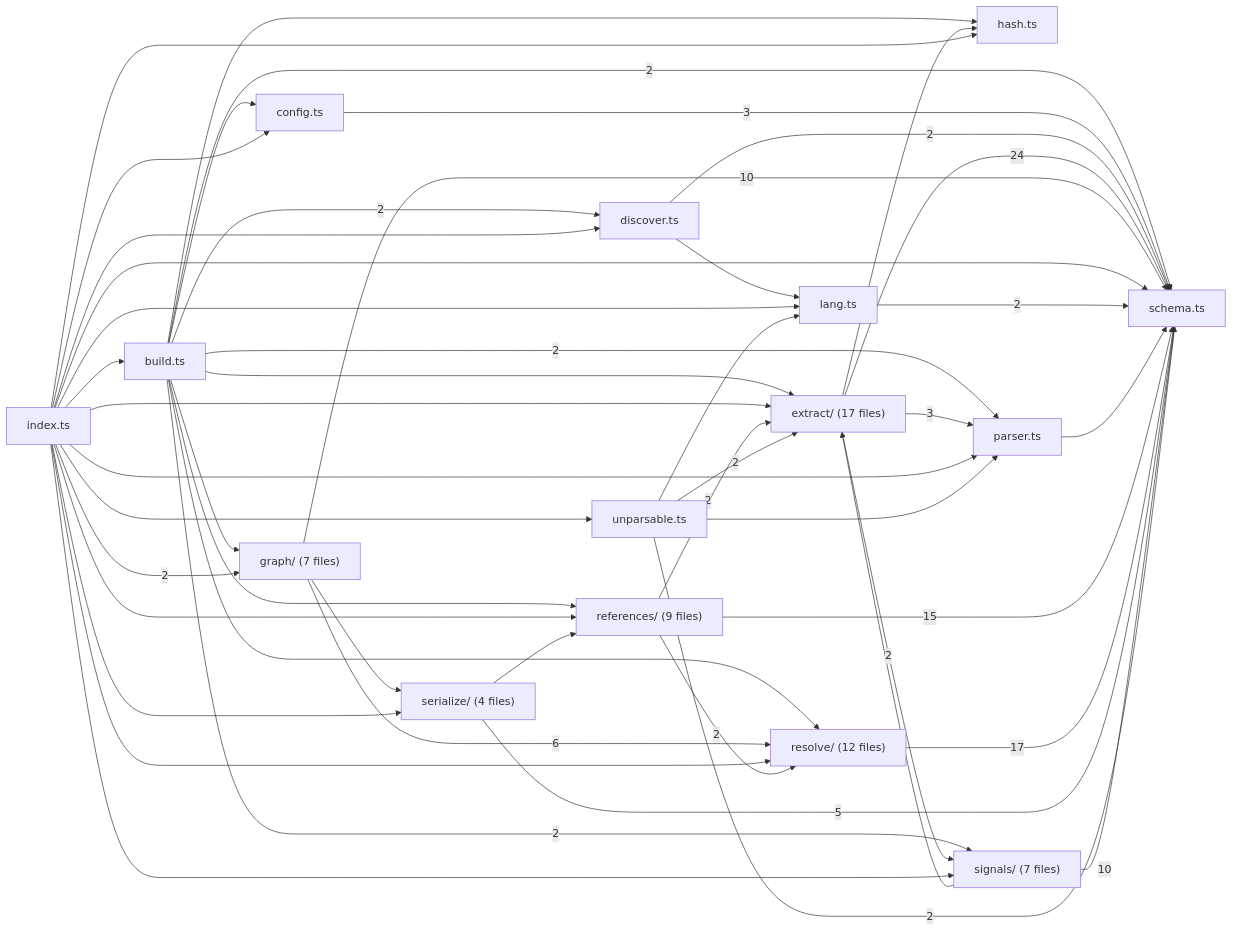
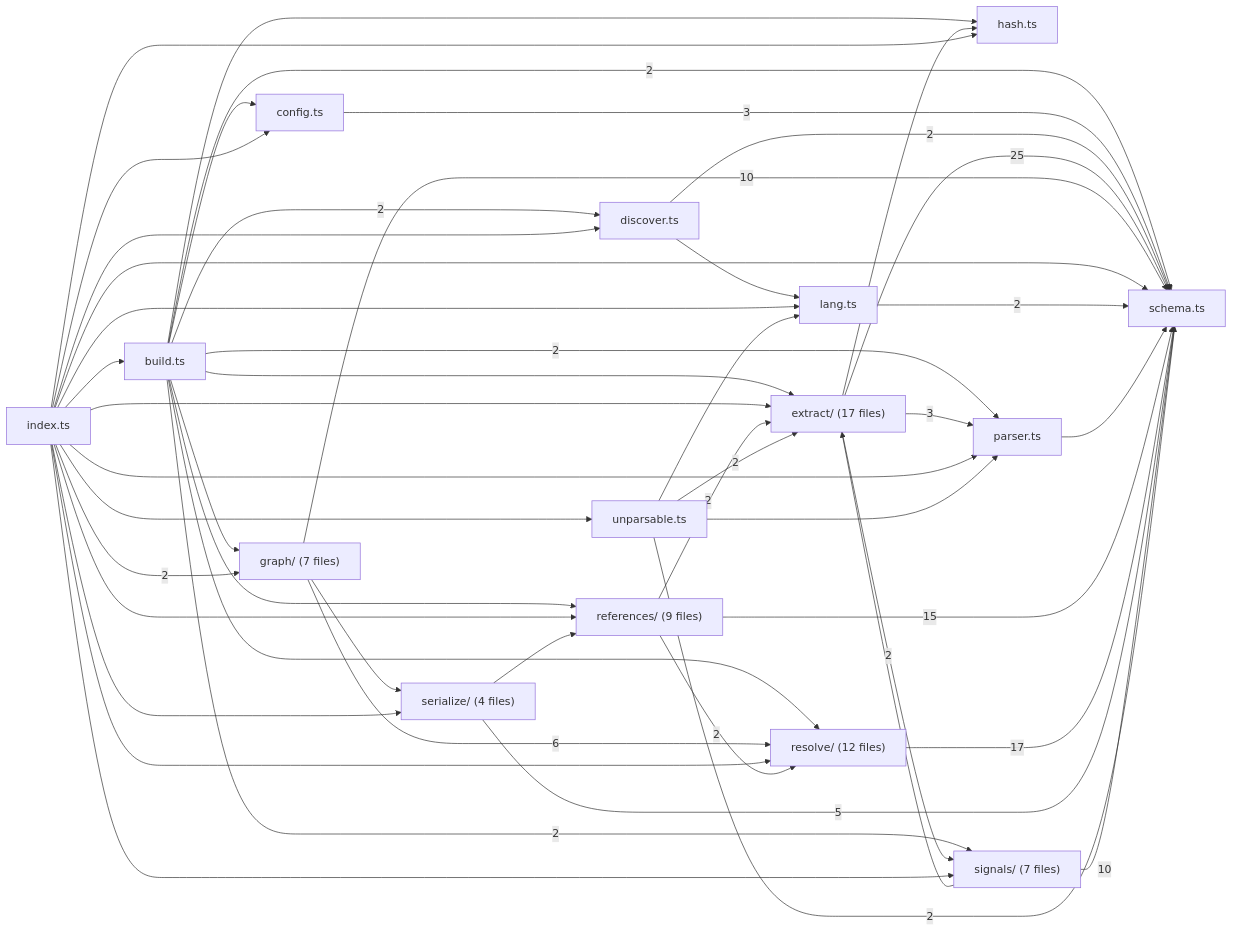
The second of 8 diagrams in .greplost/packages/greplost__core/MAP.md (sns45/greplost), drawn with Mermaid before and after one commit. The commit also changed other lines of this file and 14 other files, not shown here.

````diff
--- a/.greplost/packages/greplost__core/MAP.md
+++ b/.greplost/packages/greplost__core/MAP.md
@@ -165,66 +165,66 @@
 ```mermaid
 graph LR
   packages_core_src_build_ts["build.ts"]
   packages_core_src_config_ts["config.ts"]
   packages_core_src_discover_ts["discover.ts"]
   packages_core_src_extract["extract/ #40;17 files#41;"]
   packages_core_src_graph["graph/ #40;7 files#41;"]
   packages_core_src_hash_ts["hash.ts"]
   packages_core_src_index_ts["index.ts"]
   packages_core_src_lang_ts["lang.ts"]
   packages_core_src_parser_ts["parser.ts"]
   packages_core_src_references["references/ #40;9 files#41;"]
   packages_core_src_resolve["resolve/ #40;12 files#41;"]
   packages_core_src_schema_ts["schema.ts"]
   packages_core_src_serialize["serialize/ #40;4 files#41;"]
   packages_core_src_signals["signals/ #40;7 files#41;"]
   packages_core_src_unparsable_ts["unparsable.ts"]
   packages_core_src_build_ts --> packages_core_src_config_ts
   packages_core_src_build_ts -->|2| packages_core_src_discover_ts
   packages_core_src_build_ts --> packages_core_src_extract
   packages_core_src_build_ts --> packages_core_src_graph
   packages_core_src_build_ts --> packages_core_src_hash_ts
   packages_core_src_build_ts -->|2| packages_core_src_parser_ts
   packages_core_src_build_ts --> packages_core_src_references
   packages_core_src_build_ts --> packages_core_src_resolve
   packages_core_src_build_ts -->|2| packages_core_src_schema_ts
   packages_core_src_build_ts -->|2| packages_core_src_signals
   packages_core_src_config_ts -->|3| packages_core_src_schema_ts
   packages_core_src_discover_ts --> packages_core_src_lang_ts
   packages_core_src_discover_ts -->|2| packages_core_src_schema_ts
   packages_core_src_extract --> packages_core_src_hash_ts
   packages_core_src_extract -->|3| packages_core_src_parser_ts
-  packages_core_src_extract -->|24| packages_core_src_schema_ts
+  packages_core_src_extract -->|25| packages_core_src_schema_ts
   packages_core_src_extract -->|2| packages_core_src_signals
   packages_core_src_graph -->|6| packages_core_src_resolve
   packages_core_src_graph -->|10| packages_core_src_schema_ts
   packages_core_src_graph --> packages_core_src_serialize
   packages_core_src_index_ts --> packages_core_src_build_ts
   packages_core_src_index_ts --> packages_core_src_config_ts
   packages_core_src_index_ts --> packages_core_src_discover_ts
   packages_core_src_index_ts --> packages_core_src_extract
   packages_core_src_index_ts -->|2| packages_core_src_graph
   packages_core_src_index_ts --> packages_core_src_hash_ts
   packages_core_src_index_ts --> packages_core_src_lang_ts
   packages_core_src_index_ts --> packages_core_src_parser_ts
   packages_core_src_index_ts --> packages_core_src_references
   packages_core_src_index_ts --> packages_core_src_resolve
   packages_core_src_index_ts --> packages_core_src_schema_ts
   packages_core_src_index_ts --> packages_core_src_serialize
   packages_core_src_index_ts --> packages_core_src_signals
   packages_core_src_index_ts --> packages_core_src_unparsable_ts
   packages_core_src_lang_ts -->|2| packages_core_src_schema_ts
   packages_core_src_parser_ts --> packages_core_src_schema_ts
   packages_core_src_references -->|2| packages_core_src_extract
   packages_core_src_references -->|2| packages_core_src_resolve
   packages_core_src_references -->|15| packages_core_src_schema_ts
   packages_core_src_resolve -->|17| packages_core_src_schema_ts
   packages_core_src_serialize --> packages_core_src_references
   packages_core_src_serialize -->|5| packages_core_src_schema_ts
   packages_core_src_signals --> packages_core_src_extract
   packages_core_src_signals -->|10| packages_core_src_schema_ts
   packages_core_src_unparsable_ts -->|2| packages_core_src_extract
   packages_core_src_unparsable_ts --> packages_core_src_lang_ts
   packages_core_src_unparsable_ts --> packages_core_src_parser_ts
   packages_core_src_unparsable_ts -->|2| packages_core_src_schema_ts
 ```
````
